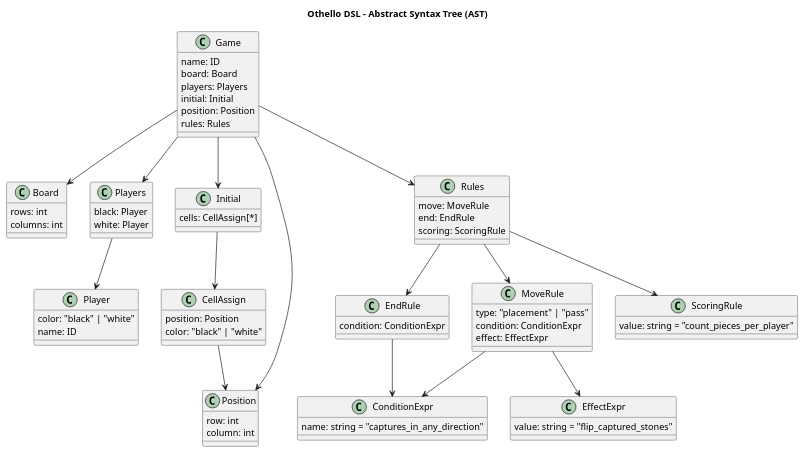
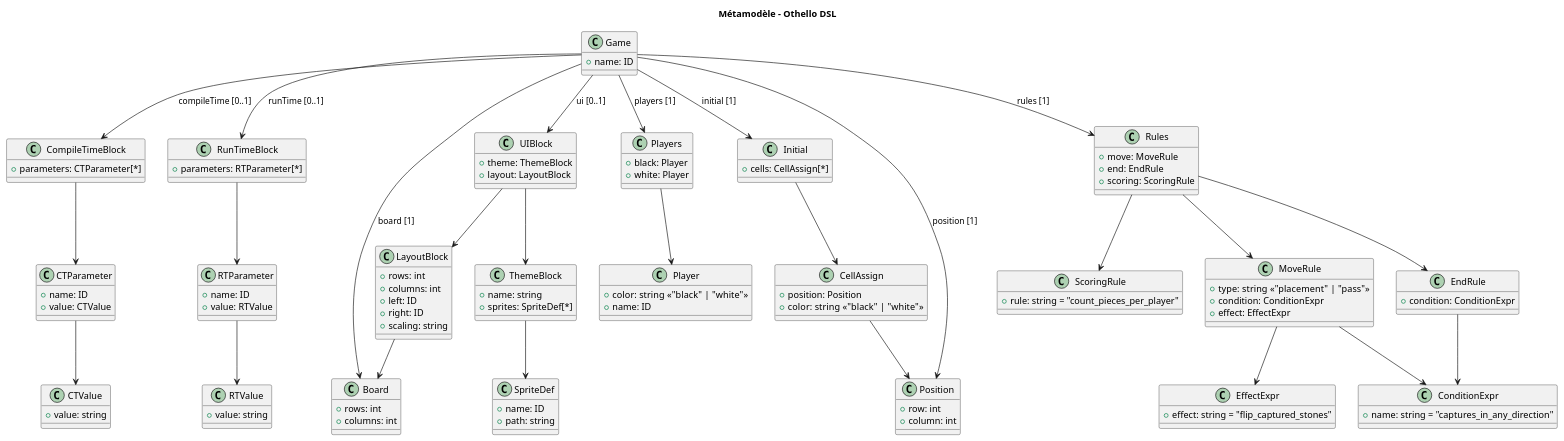
Before and after one commit to Fir3n0x/DSL-Project: the diagram in model/metamodel.puml, drawn with PlantUML. The commit also changed 1 other file, not shown here.

Commit message:
metamodel vs ast

```diff
--- a/model/metamodel.puml
+++ b/model/metamodel.puml
@@ -1,87 +1,154 @@
-@startuml Othello DSL
-title Othello DSL - Abstract Syntax Tree (AST)
+@startuml
+title Métamodèle - Othello DSL
+
+' ======================
+' Concepts principaux
+' ======================
 
 class Game {
-    name: ID
-    board: Board
-    players: Players
-    initial: Initial
-    position: Position
-    rules: Rules
+  +name: ID
+}
+
+class CompileTimeBlock {
+  +parameters: CTParameter[*]
+}
+
+class CTParameter {
+  +name: ID
+  +value: CTValue
+}
+
+class CTValue {
+  +value: string
+}
+
+class RunTimeBlock {
+  +parameters: RTParameter[*]
+}
+
+class RTParameter {
+  +name: ID
+  +value: RTValue
+}
+
+class RTValue {
+  +value: string
+}
+
+class UIBlock {
+  +theme: ThemeBlock
+  +layout: LayoutBlock
+}
+
+class ThemeBlock {
+  +name: string
+  +sprites: SpriteDef[*]
+}
+
+class SpriteDef {
+  +name: ID
+  +path: string
+}
+
+class LayoutBlock {
+  +rows: int
+  +columns: int
+  +left: ID
+  +right: ID
+  +scaling: string
 }
 
 class Board {
-    rows: int
-    columns: int
+  +rows: int
+  +columns: int
 }
 
 class Players {
-    black: Player
-    white: Player
+  +black: Player
+  +white: Player
 }
 
 class Player {
-    color: "black" | "white"
-    name: ID
+  +color: string  <<"black" | "white">>
+  +name: ID
 }
 
 class Initial {
-    cells: CellAssign[*]
+  +cells: CellAssign[*]
 }
 
 class CellAssign {
-    position: Position
-    color: "black" | "white"
+  +position: Position
+  +color: string  <<"black" | "white">>
 }
 
 class Position {
-    row: int
-    column: int
+  +row: int
+  +column: int
 }
 
 class Rules {
-    move: MoveRule
-    end: EndRule
-    scoring: ScoringRule
+  +move: MoveRule
+  +end: EndRule
+  +scoring: ScoringRule
 }
 
 class MoveRule {
-    type: "placement" | "pass"
-    condition: ConditionExpr
-    effect: EffectExpr
+  +type: string  <<"placement" | "pass">>
+  +condition: ConditionExpr
+  +effect: EffectExpr
 }
 
 class ConditionExpr {
-    name: string = "captures_in_any_direction"
+  +name: string = "captures_in_any_direction"
 }
 
 class EffectExpr {
-    value: string = "flip_captured_stones"
+  +effect: string = "flip_captured_stones"
 }
 
 class EndRule {
-    condition: ConditionExpr
+  +condition: ConditionExpr
 }
 
 class ScoringRule {
-    value: string = "count_pieces_per_player"
+  +rule: string = "count_pieces_per_player"
 }
 
+
+' ======================
 ' Relations
-Game --> Board
-Game --> Players
-Game --> Initial
-Game --> Position
-Game --> Rules
+' ======================
+
+Game --> CompileTimeBlock : compileTime [0..1]
+Game --> RunTimeBlock : runTime [0..1]
+Game --> UIBlock : ui [0..1]
+Game --> Board : board [1]
+Game --> Players : players [1]
+Game --> Initial : initial [1]
+Game --> Position : position [1]
+Game --> Rules : rules [1]
+
+CompileTimeBlock --> CTParameter
+CTParameter --> CTValue
+
+RunTimeBlock --> RTParameter
+RTParameter --> RTValue
+
+UIBlock --> ThemeBlock
+UIBlock --> LayoutBlock
+ThemeBlock --> SpriteDef
+
+LayoutBlock --> Board
 
 Players --> Player
 Initial --> CellAssign
 CellAssign --> Position
 Rules --> MoveRule
 Rules --> EndRule
 Rules --> ScoringRule
 MoveRule --> ConditionExpr
 MoveRule --> EffectExpr
 EndRule --> ConditionExpr
 
 @enduml
```
